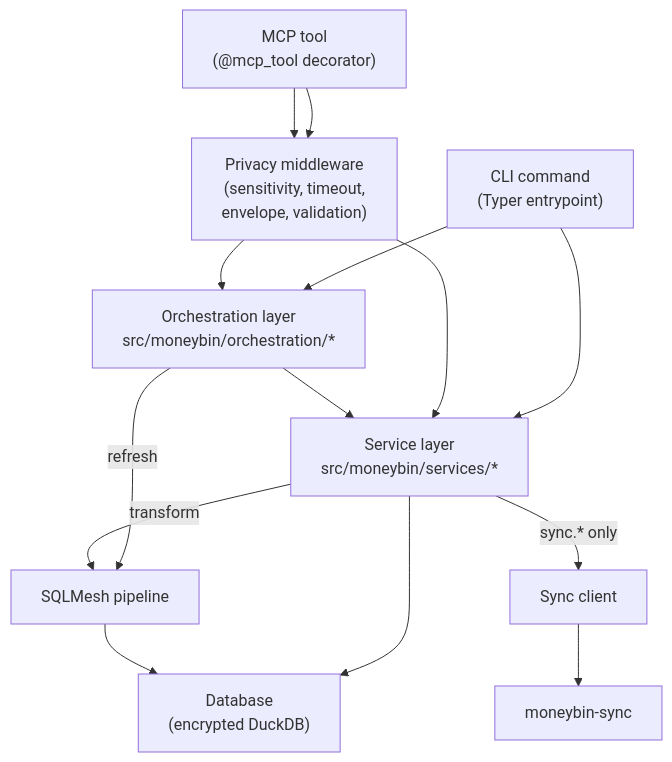
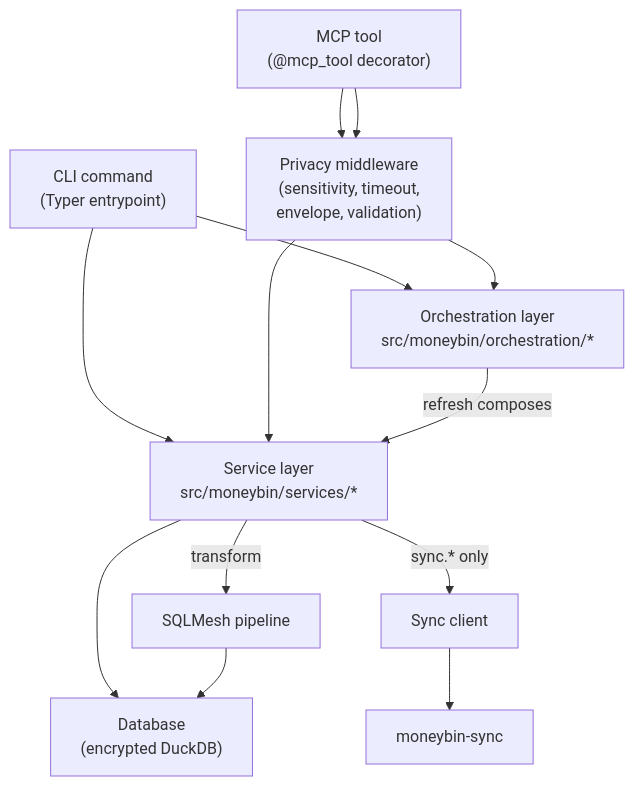
Before and after one commit to bsaffel/moneybin: the second of 2 diagrams in docs/reference/system-overview.md, drawn with Mermaid. The commit also changed 1 other file, not shown here.

````diff
--- a/docs/reference/system-overview.md
+++ b/docs/reference/system-overview.md
@@ -48,24 +48,23 @@
 ```mermaid
 flowchart TD
   cli["CLI command<br/>(Typer entrypoint)"]
   tool["MCP tool<br/>(@mcp_tool decorator)"]
   mw["Privacy middleware<br/>(sensitivity, timeout,<br/>envelope, validation)"]
   orch["Orchestration layer<br/>src/moneybin/orchestration/*"]
   svc["Service layer<br/>src/moneybin/services/*"]
   db["Database<br/>(encrypted DuckDB)"]
   sm["SQLMesh pipeline"]
   sync["Sync client"]
   srv["moneybin-sync"]
 
   cli --> svc
   cli --> orch
   tool --> mw --> svc
   tool --> mw --> orch
-  orch --> svc
+  orch -->|refresh composes| svc
   svc --> db
-  orch -->|refresh| sm
   svc -->|transform| sm
   sm --> db
   svc -->|sync.* only| sync
   sync --> srv
 ```
````
